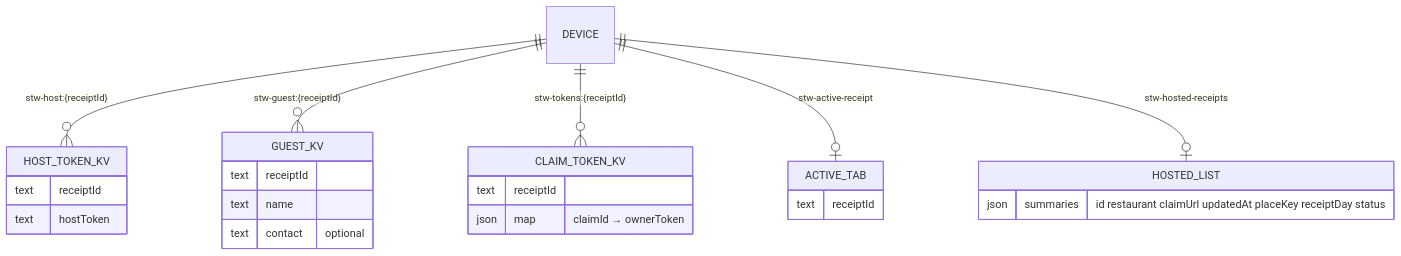
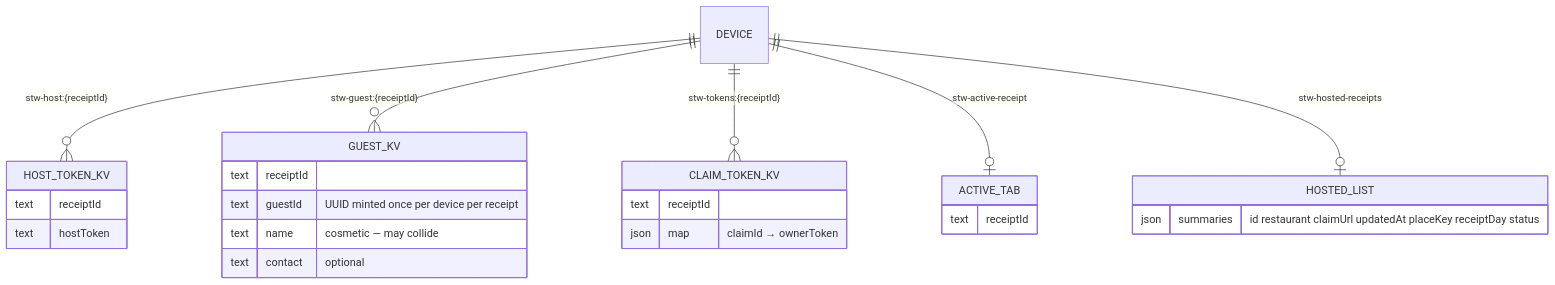
The third of 3 diagrams in plans/ERD.md (bizoton19/stw_app), drawn with Mermaid before and after one commit. The commit also changed other lines of this file and 18 other files, not shown here.

First line of the commit message:
Key mine and settle totals by guestId instead of display name.

````diff
--- a/plans/ERD.md
+++ b/plans/ERD.md
@@ -176,32 +177,33 @@
 ```mermaid
 erDiagram
   DEVICE ||--o{ HOST_TOKEN_KV : "stw-host:{receiptId}"
   DEVICE ||--o{ GUEST_KV : "stw-guest:{receiptId}"
   DEVICE ||--o{ CLAIM_TOKEN_KV : "stw-tokens:{receiptId}"
   DEVICE ||--o| ACTIVE_TAB : "stw-active-receipt"
   DEVICE ||--o| HOSTED_LIST : "stw-hosted-receipts"
 
   HOST_TOKEN_KV {
     text receiptId
     text hostToken
   }
 
   GUEST_KV {
     text receiptId
-    text name
+    text guestId "UUID minted once per device per receipt"
+    text name "cosmetic — may collide"
     text contact "optional"
   }
 
   CLAIM_TOKEN_KV {
     text receiptId
     json map "claimId → ownerToken"
   }
 
   ACTIVE_TAB {
     text receiptId
   }
 
   HOSTED_LIST {
     json summaries "id restaurant claimUrl updatedAt placeKey receiptDay status"
   }
 ```
````
